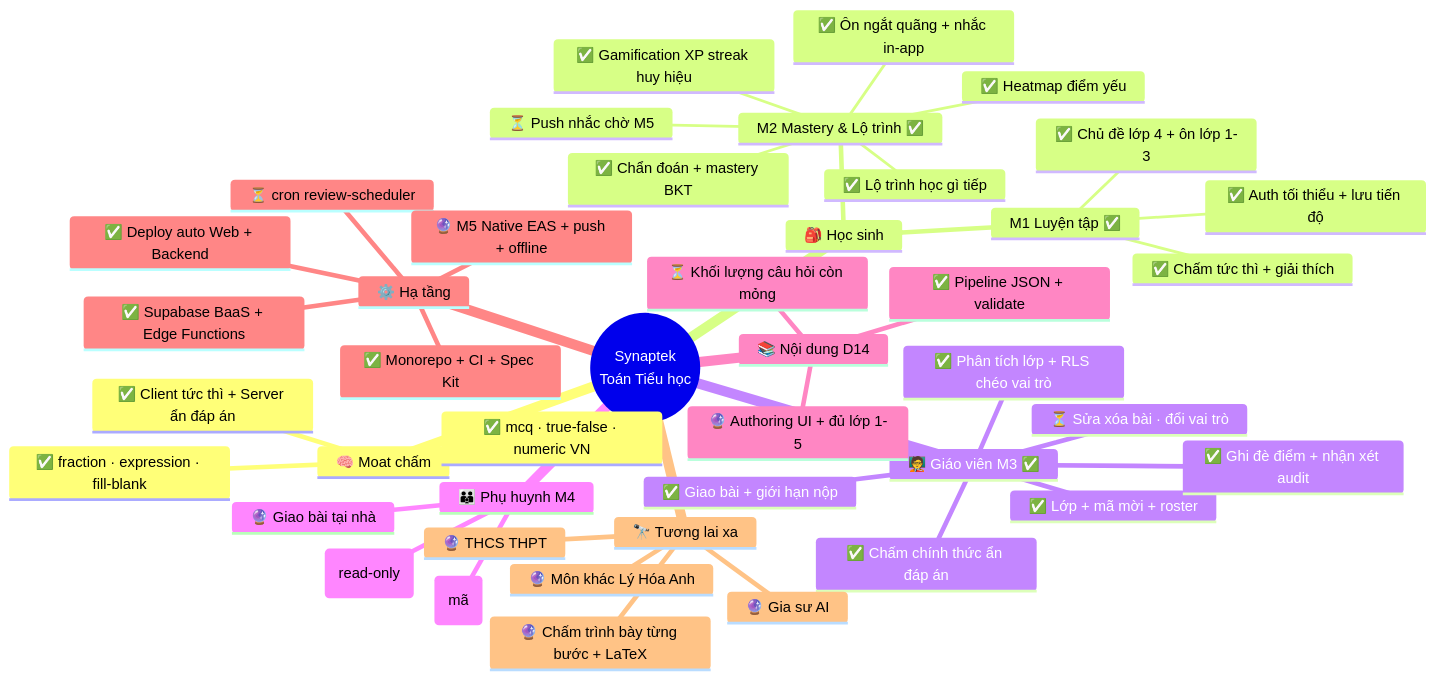
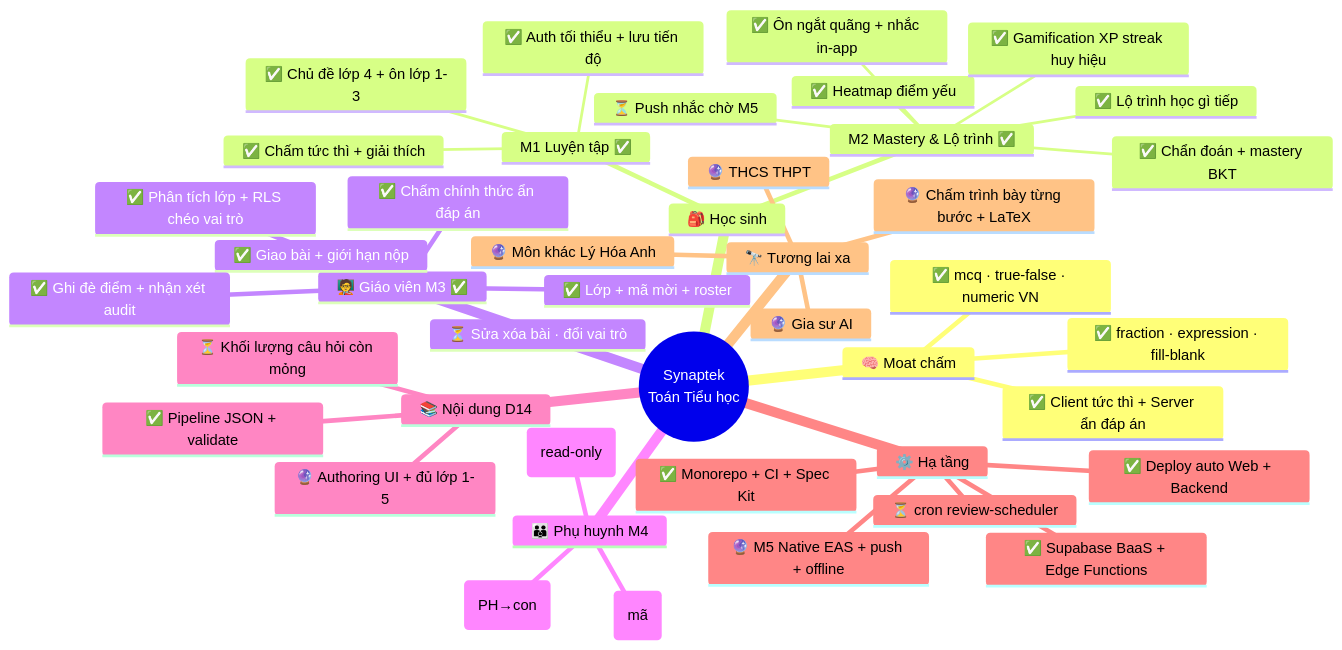
One commit to hoanghainh1188/synaptek changed the first of 2 diagrams in docs/FEATURE-MAP.md. Above: the diagram before and after it, drawn with Mermaid. The commit also changed other lines of this file and 11 other files, not shown here.

First line of the commit message:
feat: giao bài tại nhà (PH→con) — mở rộng M4 (#23)

````diff
--- a/docs/FEATURE-MAP.md
+++ b/docs/FEATURE-MAP.md
@@ -8,46 +8,46 @@
 ```mermaid
 mindmap
   root((Synaptek<br/>Toán Tiểu học))
     🧠 Moat chấm
       ✅ mcq · true-false · numeric VN
       ✅ fraction · expression · fill-blank
       ✅ Client tức thì + Server ẩn đáp án
     🎒 Học sinh
       M1 Luyện tập ✅
         ✅ Chủ đề lớp 4 + ôn lớp 1-3
         ✅ Chấm tức thì + giải thích
         ✅ Auth tối thiểu + lưu tiến độ
       M2 Mastery & Lộ trình ✅
         ✅ Chẩn đoán + mastery BKT
         ✅ Lộ trình học gì tiếp
         ✅ Heatmap điểm yếu
         ✅ Gamification XP streak huy hiệu
         ✅ Ôn ngắt quãng + nhắc in-app
         ⏳ Push nhắc chờ M5
     🧑‍🏫 Giáo viên M3 ✅
       ✅ Lớp + mã mời + roster
       ✅ Giao bài + giới hạn nộp
       ✅ Chấm chính thức ẩn đáp án
       ✅ Ghi đè điểm + nhận xét audit
       ✅ Phân tích lớp + RLS chéo vai trò
       ⏳ Sửa xóa bài · đổi vai trò
     👪 Phụ huynh M4
       ✅ Liên kết phụ huynh - con (mã)
       ✅ Theo dõi tiến độ con (read-only)
-      🔮 Giao bài tại nhà
+      ✅ Giao bài tại nhà (PH→con)
     📚 Nội dung D14
       ✅ Pipeline JSON + validate
       ⏳ Khối lượng câu hỏi còn mỏng
       🔮 Authoring UI + đủ lớp 1-5
     ⚙️ Hạ tầng
       ✅ Monorepo + CI + Spec Kit
       ✅ Supabase BaaS + Edge Functions
       ✅ Deploy auto Web + Backend
       ⏳ cron review-scheduler
       🔮 M5 Native EAS + push + offline
     🔭 Tương lai xa
       🔮 THCS THPT
       🔮 Môn khác Lý Hóa Anh
       🔮 Chấm trình bày từng bước + LaTeX
       🔮 Gia sư AI
 ```
````
